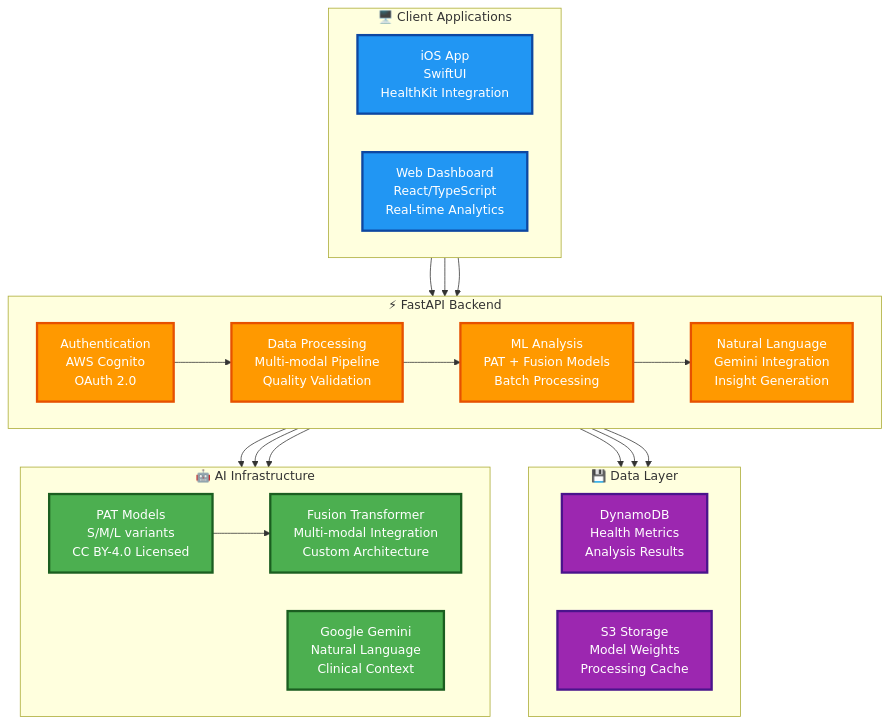
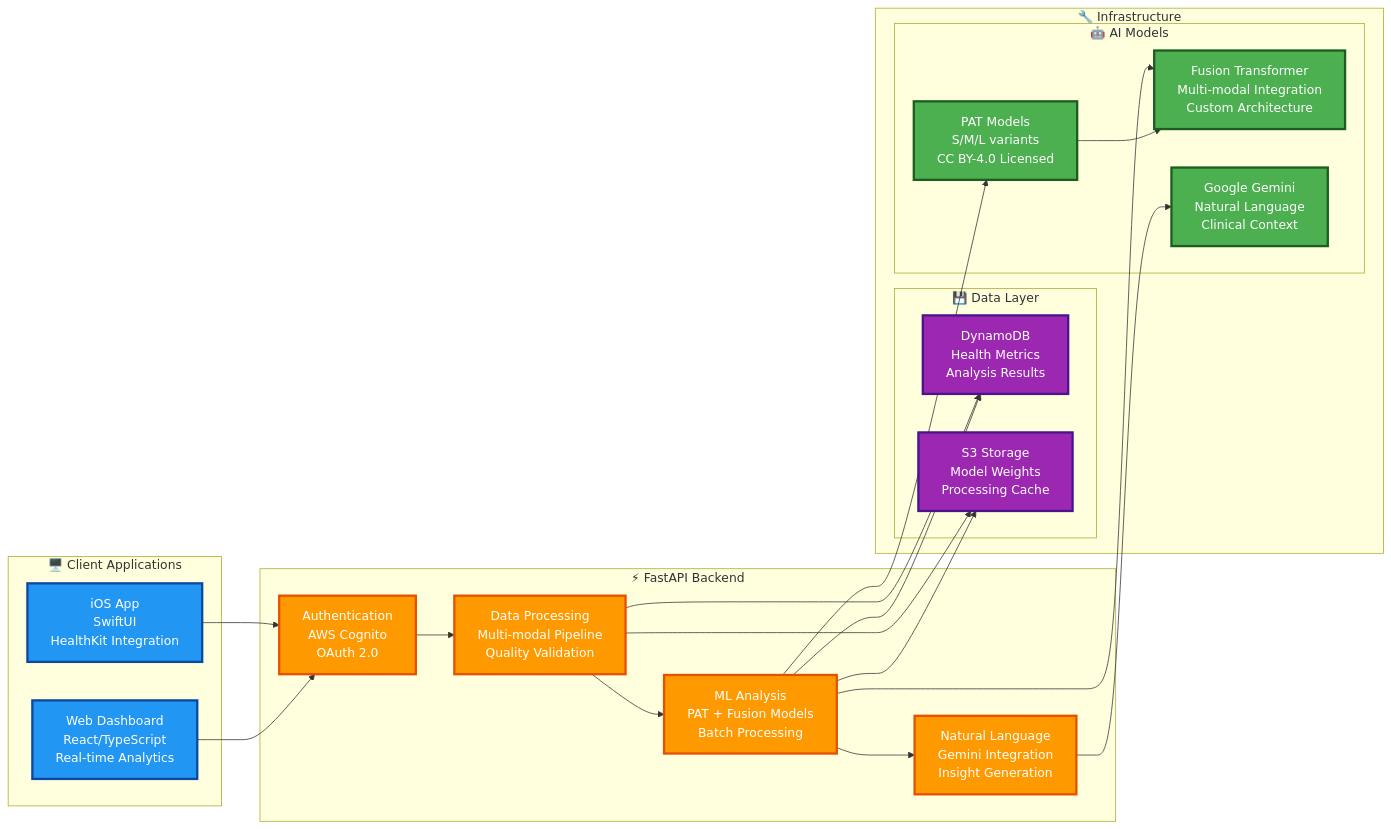
Before and after one commit to Clairty-Digital-Twin/clarity-loop-backend: the second of 2 diagrams in README.md, drawn with Mermaid. The commit also changed 1 other file, not shown here.

Commit message:
chore: Refactor README.md flowchart and enhance type hinting in auth.py
- Updated flowchart direction in README.md from top-to-bottom to left-to-right for improved clarity and visual representation of system architecture.
- Enhanced type hinting in auth.py by using forward references for UUID fields in UserSessionResponse and RegistrationResponse models, improving code clarity and maintainability.

````diff
--- a/README.md
+++ b/README.md
@@ -91,56 +91,56 @@
 ```mermaid
-flowchart TD
+flowchart LR
     subgraph Clients ["🖥️ Client Applications"]
-        direction LR
         A[iOS App<br/>SwiftUI<br/>HealthKit Integration]
         B[Web Dashboard<br/>React/TypeScript<br/>Real-time Analytics]
     end
     
     subgraph Core ["⚡ FastAPI Backend"]
-        direction LR
         C[Authentication<br/>AWS Cognito<br/>OAuth 2.0]
         D[Data Processing<br/>Multi-modal Pipeline<br/>Quality Validation]
         E[ML Analysis<br/>PAT + Fusion Models<br/>Batch Processing]
         F[Natural Language<br/>Gemini Integration<br/>Insight Generation]
+        
+        C --> D
+        D --> E
+        E --> F
     end
     
-    subgraph Data ["💾 Data Layer"]
-        direction LR
-        G[DynamoDB<br/>Health Metrics<br/>Analysis Results]
-        H[S3 Storage<br/>Model Weights<br/>Processing Cache]
+    subgraph Infrastructure ["🔧 Infrastructure"]
+        subgraph Data ["💾 Data Layer"]
+            G[DynamoDB<br/>Health Metrics<br/>Analysis Results]
+            H[S3 Storage<br/>Model Weights<br/>Processing Cache]
+        end
+        
+        subgraph AI ["🤖 AI Models"]
+            I[PAT Models<br/>S/M/L variants<br/>CC BY-4.0 Licensed]
+            J[Fusion Transformer<br/>Multi-modal Integration<br/>Custom Architecture]
+            K[Google Gemini<br/>Natural Language<br/>Clinical Context]
+        end
     end
     
-    subgraph AI ["🤖 AI Infrastructure"]
-        direction LR
-        I[PAT Models<br/>S/M/L variants<br/>CC BY-4.0 Licensed]
-        J[Fusion Transformer<br/>Multi-modal Integration<br/>Custom Architecture]
-        K[Google Gemini<br/>Natural Language<br/>Clinical Context]
-    end
-    
-    %% Main flow - top to bottom
-    Clients --> Core
-    Core --> Data
-    Core --> AI
-    
-    %% Detailed connections
+    %% Main connections
     A --> C
     B --> C
-    C --> D
-    D --> E
-    E --> F
+    
     D --> G
+    D --> H
+    E --> G
     E --> H
+    
     E --> I
+    E --> J
+    F --> K
+    
     I --> J
-    F --> K
     
     classDef frontend fill:#2196f3,stroke:#0d47a1,stroke-width:3px,color:white
     classDef api fill:#ff9900,stroke:#e65100,stroke-width:3px,color:white
     classDef storage fill:#9c27b0,stroke:#4a148c,stroke-width:3px,color:white
     classDef ml fill:#4caf50,stroke:#1b5e20,stroke-width:3px,color:white
     
     class A,B frontend
     class C,D,E,F api
     class G,H storage
     class I,J,K ml
 ```
````
